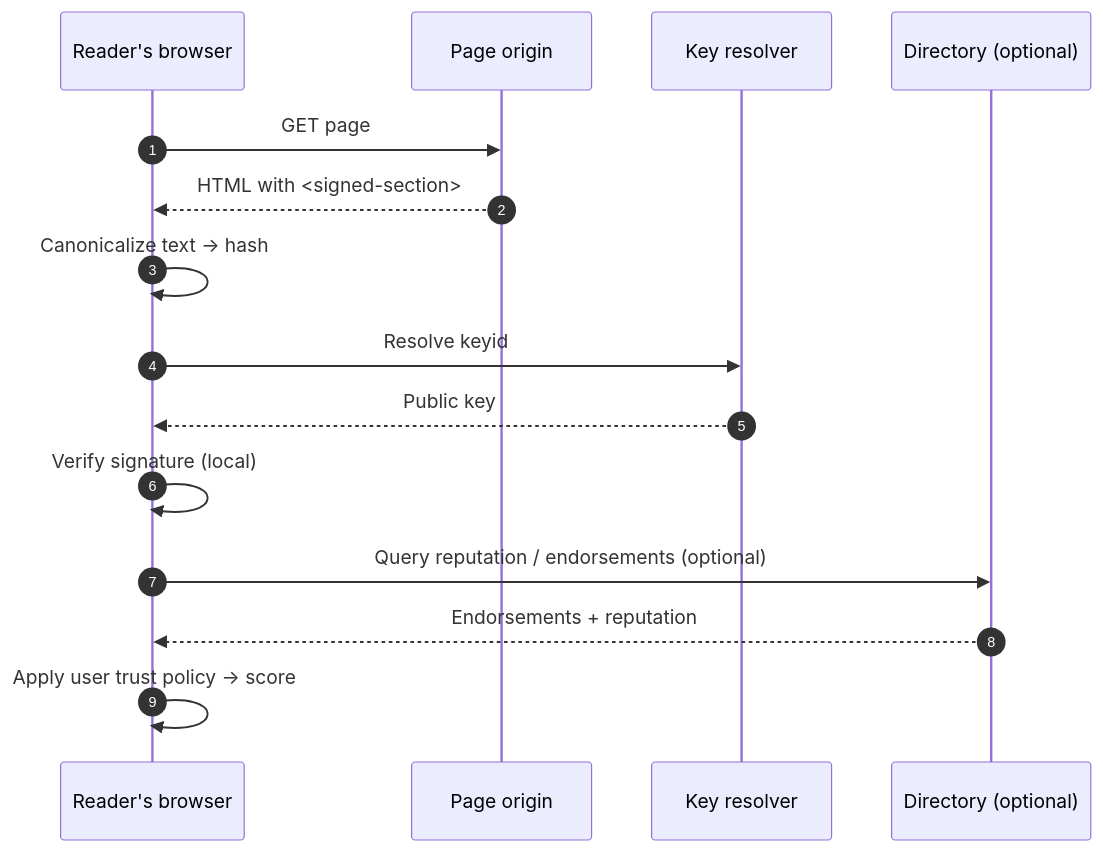
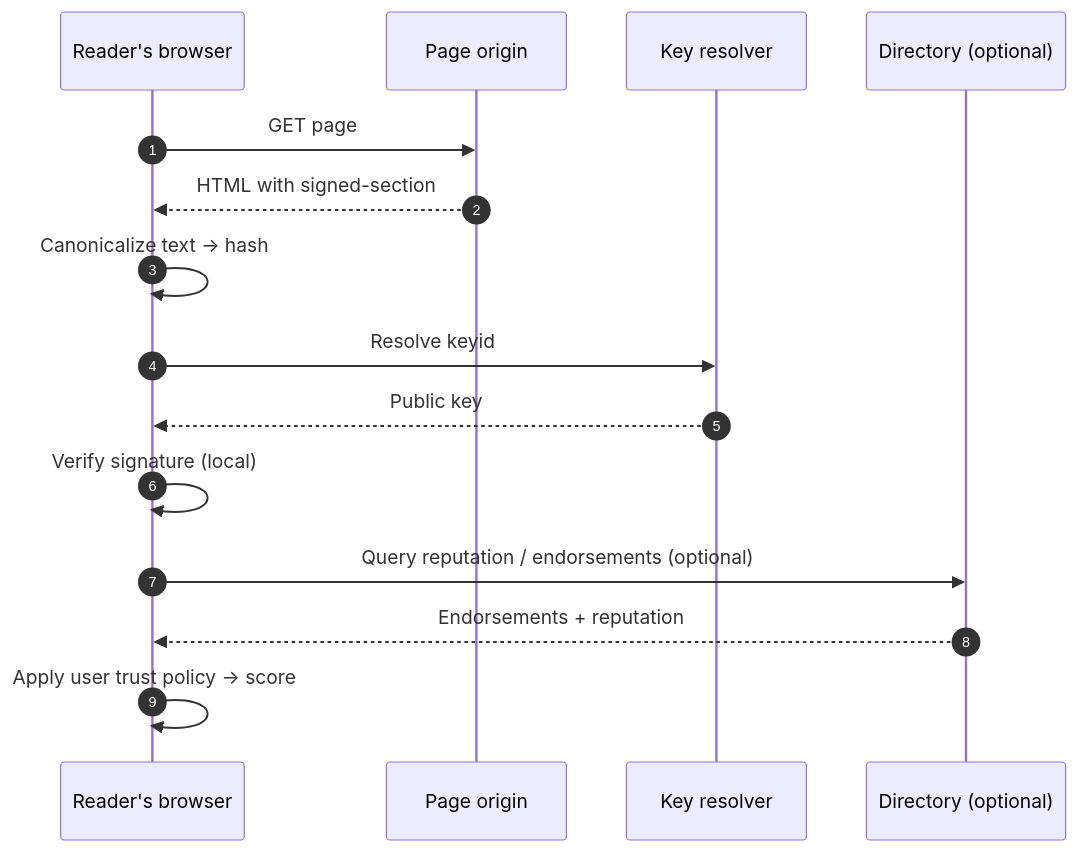
One commit to HTMLTrust/htmltrust-website changed the fourth of 5 diagrams in content/architecture/_index.md. Above: the diagram before and after it, drawn with Mermaid. The commit also changed other lines of this file and 3 other files, not shown here.

````diff
--- a/content/architecture/_index.md
+++ b/content/architecture/_index.md
@@ -78,17 +78,17 @@
 ```mermaid
 sequenceDiagram
     autonumber
     participant U as Reader's browser
     participant P as Page origin
     participant K as Key resolver
     participant D as Directory (optional)
     U->>P: GET page
-    P-->>U: HTML with <signed-section>
+    P-->>U: HTML with signed-section
     U->>U: Canonicalize text → hash
     U->>K: Resolve keyid
     K-->>U: Public key
     U->>U: Verify signature (local)
     U->>D: Query reputation / endorsements (optional)
     D-->>U: Endorsements + reputation
     U->>U: Apply user trust policy → score
 ```
````
